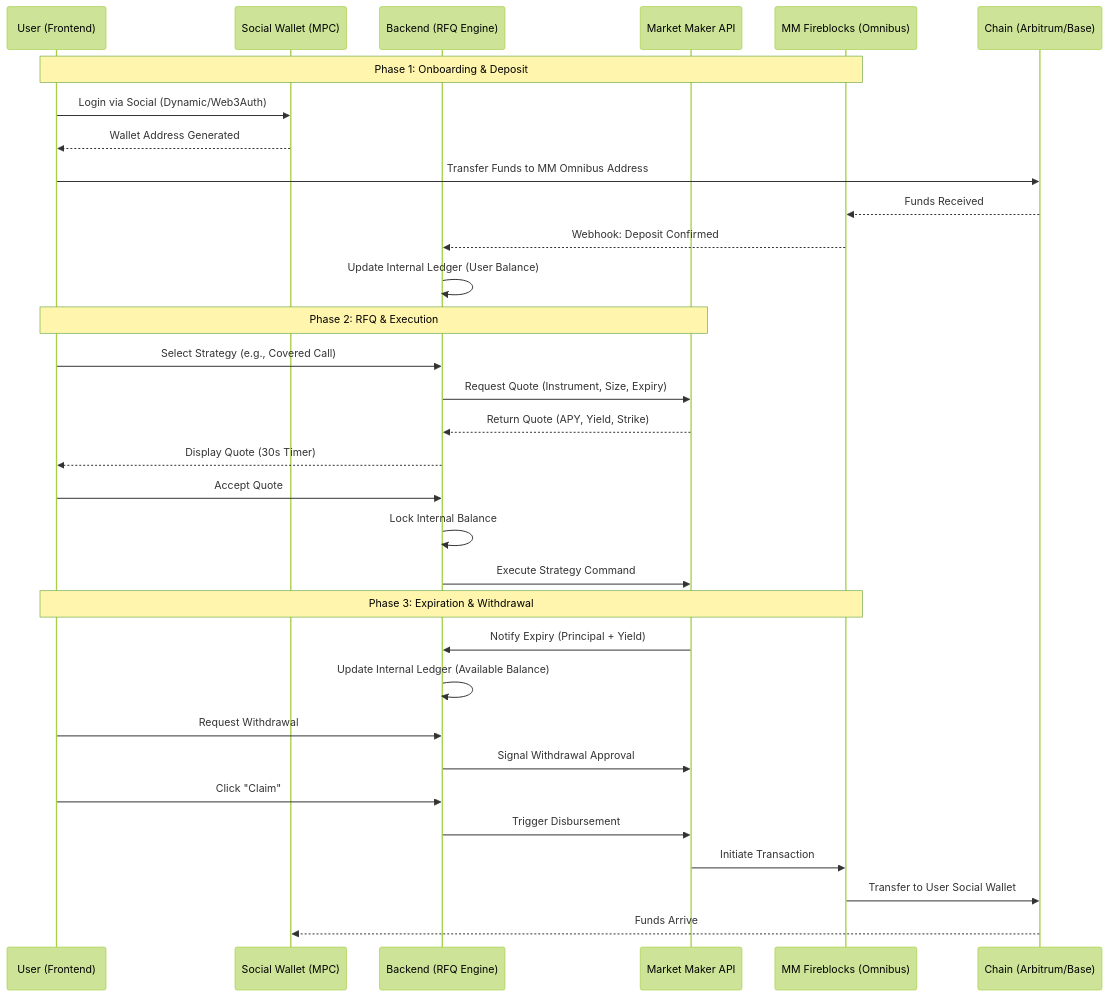
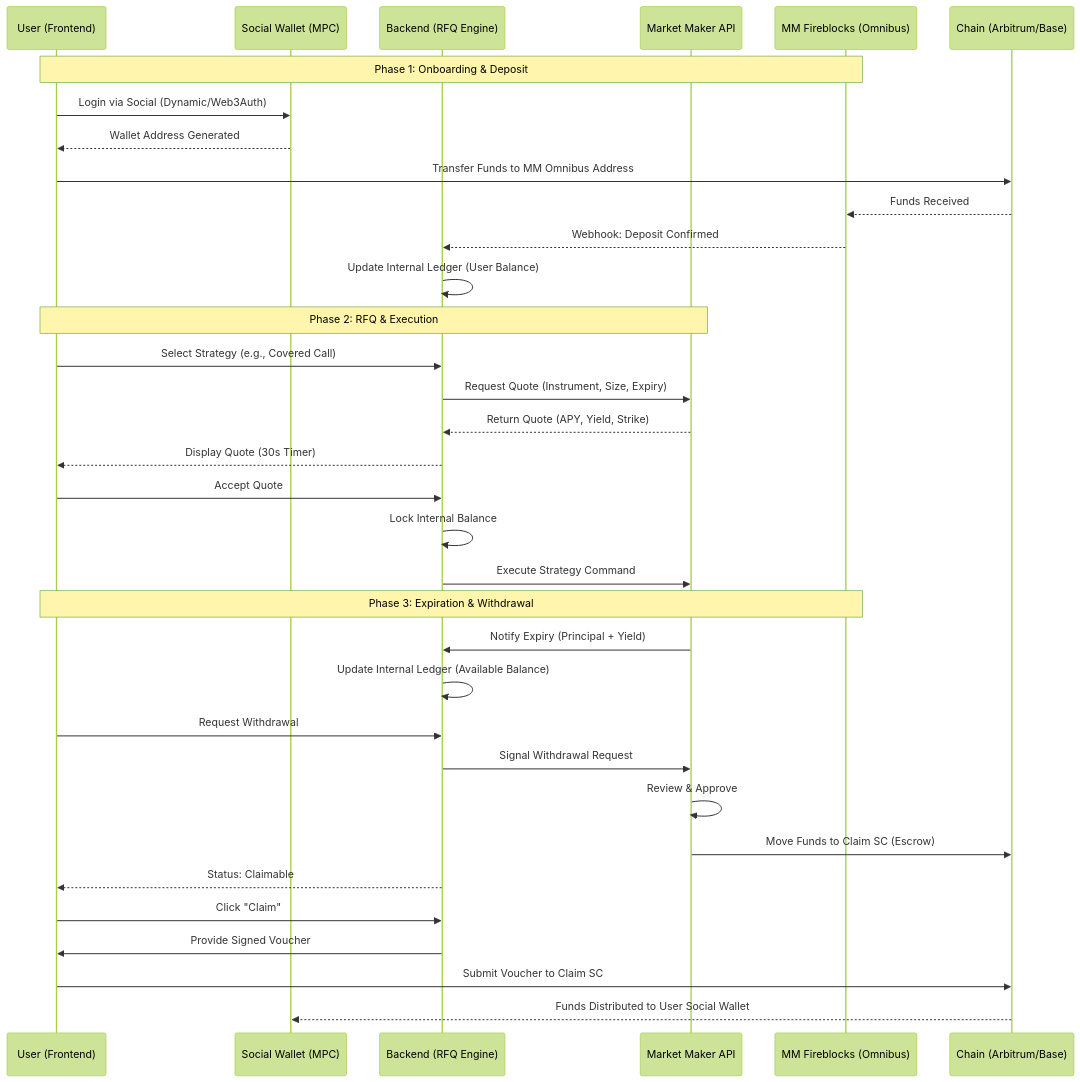
The diagram in Rysk.md (yadsendeww/rysc), drawn with Mermaid (forest theme) before and after one commit. The commit also changed other lines of this file and 1 other file, not shown here.

Commit message:
Update withdrawal flow with MM review and Escrow/SC claim mechanism

````diff
--- a/Rysk.md
+++ b/Rysk.md
@@ -69,37 +69,39 @@
 ```mermaid
 sequenceDiagram
     participant U as User (Frontend)
     participant W as Social Wallet (MPC)
     participant B as Backend (RFQ Engine)
     participant MM as Market Maker API
     participant FB as MM Fireblocks (Omnibus)
     participant C as Chain (Arbitrum/Base)
 
     Note over U, FB: Phase 1: Onboarding & Deposit
     U->>W: Login via Social (Dynamic/Web3Auth)
     W-->>U: Wallet Address Generated
     U->>C: Transfer Funds to MM Omnibus Address
     C-->>FB: Funds Received
     FB-->>B: Webhook: Deposit Confirmed
     B->>B: Update Internal Ledger (User Balance)
 
     Note over U, MM: Phase 2: RFQ & Execution
     U->>B: Select Strategy (e.g., Covered Call)
     B->>MM: Request Quote (Instrument, Size, Expiry)
     MM-->>B: Return Quote (APY, Yield, Strike)
     B-->>U: Display Quote (30s Timer)
     U->>B: Accept Quote
     B->>B: Lock Internal Balance
     B->>MM: Execute Strategy Command
 
     Note over U, FB: Phase 3: Expiration & Withdrawal
     MM->>B: Notify Expiry (Principal + Yield)
     B->>B: Update Internal Ledger (Available Balance)
     U->>B: Request Withdrawal
-    B->>MM: Signal Withdrawal Approval
+    B->>MM: Signal Withdrawal Request
+    MM->>MM: Review & Approve
+    MM->>C: Move Funds to Claim SC (Escrow)
+    B-->>U: Status: Claimable
     U->>B: Click "Claim"
-    B->>MM: Trigger Disbursement
-    MM->>FB: Initiate Transaction
-    FB->>C: Transfer to User Social Wallet
-    C-->>W: Funds Arrive
+    B->>U: Provide Signed Voucher
+    U->>C: Submit Voucher to Claim SC
+    C-->>W: Funds Distributed to User Social Wallet
 ```
````
